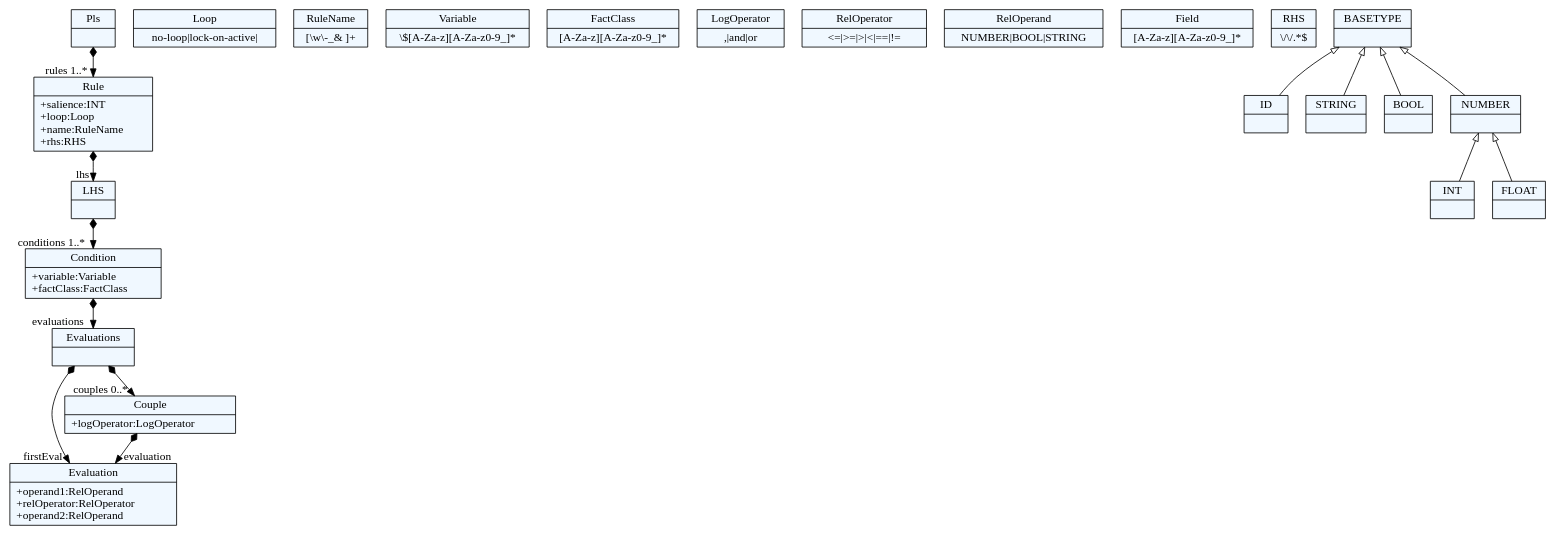
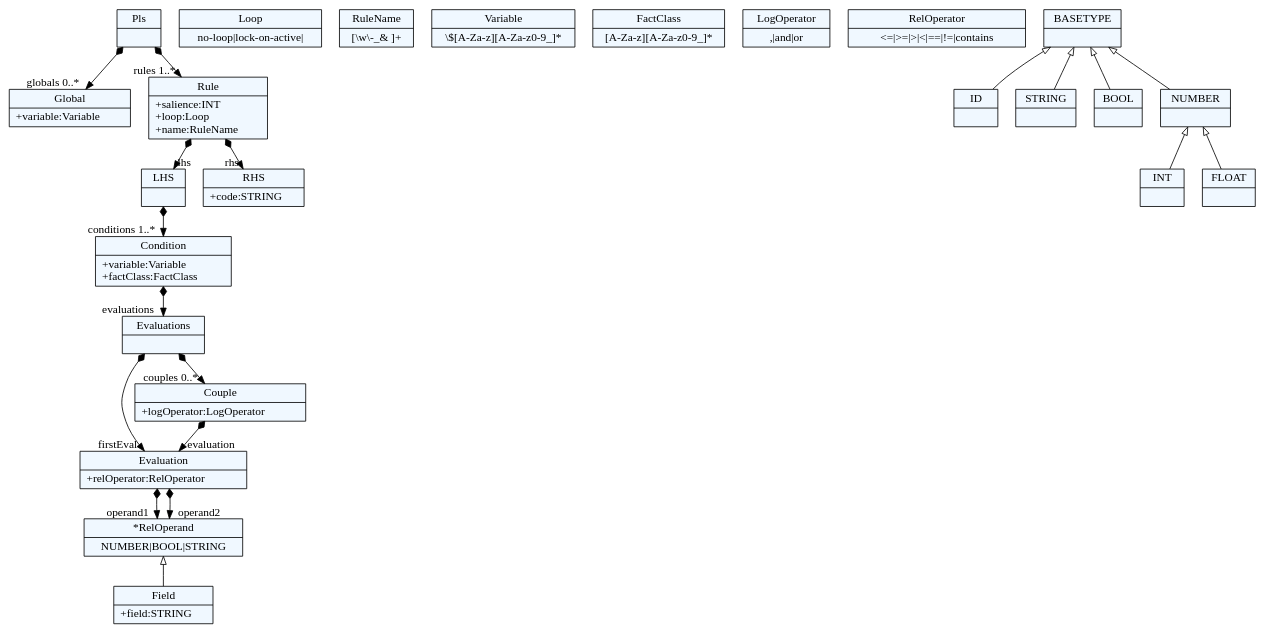
The diagram in pools.tx.dot (nenadTod/Pools), drawn with Graphviz before and after one commit. The commit also changed 3 other files, not shown here.

```diff
--- a/pools.tx.dot
+++ b/pools.tx.dot
@@ -1,74 +1,81 @@
 
     digraph xtext {
     fontname = "Bitstream Vera Sans"
     fontsize = 8
     node[
         shape=record,
         style=filled,
         fillcolor=aliceblue
     ]
     nodesep = 0.3
     edge[dir=black,arrowtail=empty]
 
 
-2578247178648 -> 2578247192808[arrowtail=diamond, dir=both, headlabel="rules 1..*"]
-2578247178648[ label="{Pls|}"]
+2463632911752 -> 2463632906088[arrowtail=diamond, dir=both, headlabel="globals 0..*"]
+2463632911752 -> 2463632923080[arrowtail=diamond, dir=both, headlabel="rules 1..*"]
+2463632911752[ label="{Pls|}"]
 
-2578247192808 -> 2578247175816[arrowtail=diamond, dir=both, headlabel="lhs "]
-2578247192808[ label="{Rule|+salience:INT\l+loop:Loop\l+name:RuleName\l+rhs:RHS\l}"]
+2463632906088[ label="{Global|+variable:Variable\l}"]
 
-2578247196584[ label="{Loop|no-loop\|lock-on-active\|}"]
+2463632923080 -> 2463632924968[arrowtail=diamond, dir=both, headlabel="lhs "]
+2463632923080 -> 2463632908920[arrowtail=diamond, dir=both, headlabel="rhs "]
+2463632923080[ label="{Rule|+salience:INT\l+loop:Loop\l+name:RuleName\l}"]
 
-2578247185256[ label="{RuleName|[\\w\\-_& ]+}"]
+2463632910808[ label="{Loop|no-loop\|lock-on-active\|}"]
 
-2578247175816 -> 2578247170152[arrowtail=diamond, dir=both, headlabel="conditions 1..*"]
-2578247175816[ label="{LHS|}"]
+2463632924024[ label="{RuleName|[\\w\\-_& ]+}"]
 
-2578247170152 -> 2578247190920[arrowtail=diamond, dir=both, headlabel="evaluations "]
-2578247170152[ label="{Condition|+variable:Variable\l+factClass:FactClass\l}"]
+2463632924968 -> 2463632907976[arrowtail=diamond, dir=both, headlabel="conditions 1..*"]
+2463632924968[ label="{LHS|}"]
 
-2578247182424[ label="{Variable|\\$[A-Za-z][A-Za-z0-9_]*}"]
+2463632907976 -> 2463632925912[arrowtail=diamond, dir=both, headlabel="evaluations "]
+2463632907976[ label="{Condition|+variable:Variable\l+factClass:FactClass\l}"]
 
-2578247172040[ label="{FactClass|[A-Za-z][A-Za-z0-9_]*}"]
+2463632915528[ label="{Variable|\\$[A-Za-z][A-Za-z0-9_]*}"]
 
-2578247190920 -> 2578247173928[arrowtail=diamond, dir=both, headlabel="firstEval "]
-2578247190920 -> 2578247174872[arrowtail=diamond, dir=both, headlabel="couples 0..*"]
-2578247190920[ label="{Evaluations|}"]
+2463632912696[ label="{FactClass|[A-Za-z][A-Za-z0-9_]*}"]
 
-2578247174872 -> 2578247173928[arrowtail=diamond, dir=both, headlabel="evaluation "]
-2578247174872[ label="{Couple|+logOperator:LogOperator\l}"]
+2463632925912 -> 2463632916472[arrowtail=diamond, dir=both, headlabel="firstEval "]
+2463632925912 -> 2463632927800[arrowtail=diamond, dir=both, headlabel="couples 0..*"]
+2463632925912[ label="{Evaluations|}"]
 
-2578247197528[ label="{LogOperator|,\|and\|or}"]
+2463632927800 -> 2463632916472[arrowtail=diamond, dir=both, headlabel="evaluation "]
+2463632927800[ label="{Couple|+logOperator:LogOperator\l}"]
 
-2578247173928[ label="{Evaluation|+operand1:RelOperand\l+relOperator:RelOperator\l+operand2:RelOperand\l}"]
+2463632902312[ label="{LogOperator|,\|and\|or}"]
 
-2578247169208[ label="{RelOperator|\<=\|\>=\|\>\|\<\|==\|!=}"]
+2463632916472 -> 2463632917416[arrowtail=diamond, dir=both, headlabel="operand1 "]
+2463632916472 -> 2463632917416[arrowtail=diamond, dir=both, headlabel="operand2 "]
+2463632916472[ label="{Evaluation|+relOperator:RelOperator\l}"]
 
-2578247188088[ label="{RelOperand|NUMBER\|BOOL\|STRING}"]
+2463632907032[ label="{RelOperator|\<=\|\>=\|\>\|\<\|==\|!=\|contains}"]
 
-2578247191864[ label="{Field|[A-Za-z][A-Za-z0-9_]*}"]
+2463632921192[ label="{Field|+field:STRING\l}"]
 
-2578247193752[ label="{RHS|\\/\\/.*$}"]
+2463632917416[ label="{*RelOperand|NUMBER\|BOOL\|STRING}"]
+2463632917416 -> 2463632921192 [dir=back]
 
-2578247077144[ label="{ID|}"]
+2463632908920[ label="{RHS|+code:STRING\l}"]
 
-2578247172984[ label="{STRING|}"]
+2463632793672[ label="{ID|}"]
 
-2578247176760[ label="{BOOL|}"]
+2463632794616[ label="{STRING|}"]
 
-2578247180536[ label="{INT|}"]
+2463632790840[ label="{BOOL|}"]
 
-2578247179592[ label="{FLOAT|}"]
+2463632914584[ label="{INT|}"]
 
-2578247181480[ label="{NUMBER|}"]
-2578247181480 -> 2578247179592 [dir=back]
-2578247181480 -> 2578247180536 [dir=back]
+2463632919304[ label="{FLOAT|}"]
 
-2578247177704[ label="{BASETYPE|}"]
-2578247177704 -> 2578247181480 [dir=back]
-2578247177704 -> 2578247176760 [dir=back]
-2578247177704 -> 2578247077144 [dir=back]
-2578247177704 -> 2578247172984 [dir=back]
+2463632932520[ label="{NUMBER|}"]
+2463632932520 -> 2463632919304 [dir=back]
+2463632932520 -> 2463632914584 [dir=back]
+
+2463632933464[ label="{BASETYPE|}"]
+2463632933464 -> 2463632932520 [dir=back]
+2463632933464 -> 2463632790840 [dir=back]
+2463632933464 -> 2463632793672 [dir=back]
+2463632933464 -> 2463632794616 [dir=back]
 
 
 }
```
